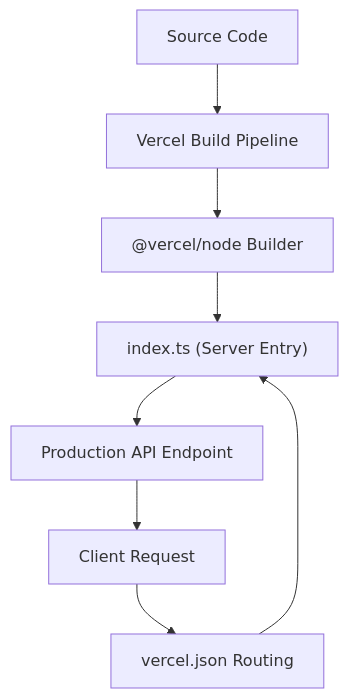
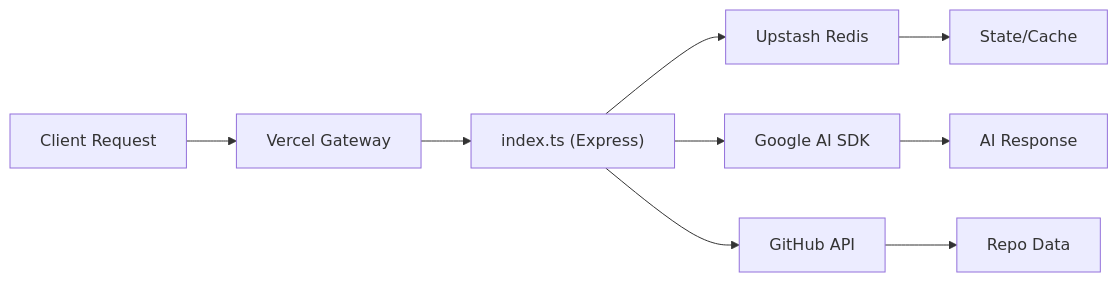
One commit to shinymacktest/gitdex-docs changed the diagram in docs/shinymack/gitdex/10_deployment-configuration.mdx. Above: the diagram before and after it, drawn with Mermaid. The commit also changed other lines of this file and 16 other files, not shown here.

Commit message:
GitDex Index: shinymack/gitdex

````diff
--- a/docs/shinymack/gitdex/10_deployment-configuration.mdx
+++ b/docs/shinymack/gitdex/10_deployment-configuration.mdx
@@ -73,10 +44,11 @@
 ```mermaid
-graph TD
-    A["Source Code"] --> B["Vercel Build Pipeline"]
-    B --> C["@vercel/node Builder"]
-    C --> D["index.ts (Server Entry)"]
-    D --> E["Production API Endpoint"]
-    E --> F["Client Request"]
-    F --> G["vercel.json Routing"]
-    G --> D
+graph LR
+    A["Client Request"] --> B["Vercel Gateway"]
+    B --> C["index.ts (Express)"]
+    C --> D["Upstash Redis"]
+    C --> E["Google AI SDK"]
+    C --> F["GitHub API"]
+    D --> G["State/Cache"]
+    E --> H["AI Response"]
+    F --> I["Repo Data"]
 ```
````
